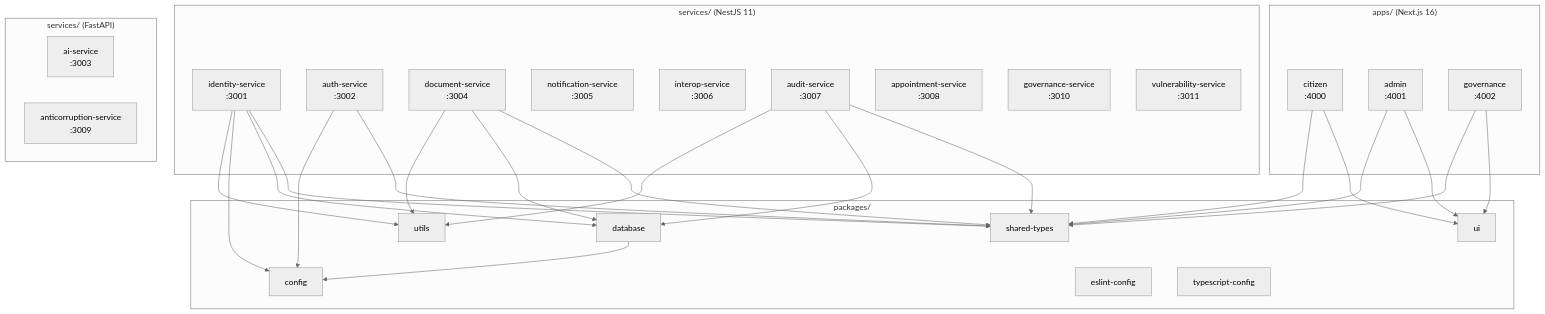
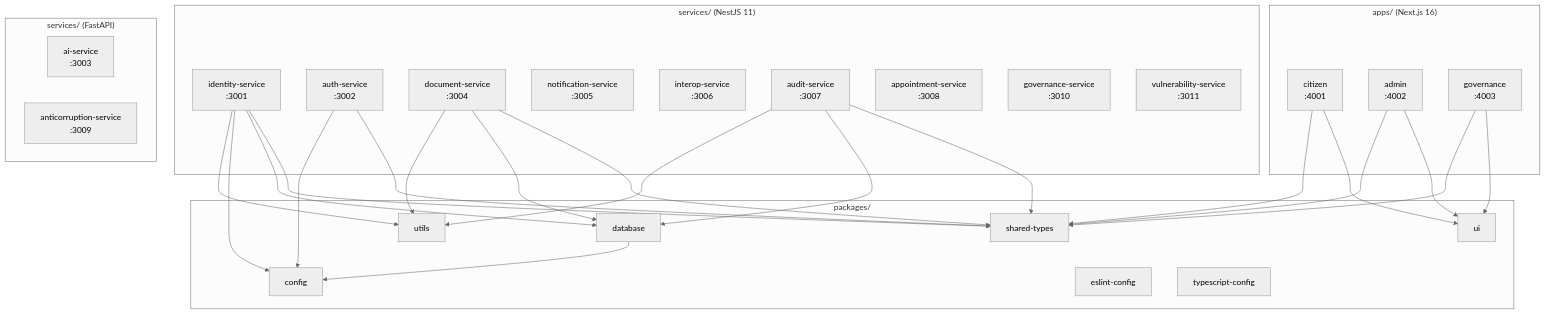
Before and after one commit to TheManInPink/Session-Ete-2026: the diagram in docs/04-MONOREPO-STRUCTURE.md, drawn with Mermaid (neutral theme). The commit also changed other lines of this file and 5 other files, not shown here.

````diff
--- a/docs/04-MONOREPO-STRUCTURE.md
+++ b/docs/04-MONOREPO-STRUCTURE.md
@@ -203,62 +203,62 @@
 ```mermaid
 graph TB
     subgraph "apps/ (Next.js 16)"
-        CITIZEN["citizen<br/>:4000"]
-        ADMIN["admin<br/>:4001"]
-        GOV_APP["governance<br/>:4002"]
+        CITIZEN["citizen<br/>:4001"]
+        ADMIN["admin<br/>:4002"]
+        GOV_APP["governance<br/>:4003"]
     end
 
     subgraph "services/ (NestJS 11)"
         IDENTITY["identity-service<br/>:3001"]
         AUTH["auth-service<br/>:3002"]
         DOC["document-service<br/>:3004"]
         NOTIF["notification-service<br/>:3005"]
         INTEROP["interop-service<br/>:3006"]
         AUDIT["audit-service<br/>:3007"]
         APPT["appointment-service<br/>:3008"]
         GOV_SVC["governance-service<br/>:3010"]
         VULN["vulnerability-service<br/>:3011"]
     end
 
     subgraph "services/ (FastAPI)"
         AI["ai-service<br/>:3003"]
         SIGAC["anticorruption-service<br/>:3009"]
     end
 
     subgraph "packages/"
         TYPES["shared-types"]
         DB["database"]
         CONFIG["config"]
         UTILS["utils"]
         UI["ui"]
         ESLINT["eslint-config"]
         TSCONFIG["typescript-config"]
     end
 
     %% Les apps dépendent des packages partagés
     CITIZEN --> UI
     CITIZEN --> TYPES
     ADMIN --> UI
     ADMIN --> TYPES
     GOV_APP --> UI
     GOV_APP --> TYPES
 
     %% Les services NestJS dépendent des packages partagés
     IDENTITY --> TYPES
     IDENTITY --> DB
     IDENTITY --> CONFIG
     IDENTITY --> UTILS
     AUTH --> TYPES
     AUTH --> CONFIG
     AUDIT --> TYPES
     AUDIT --> DB
     AUDIT --> UTILS
     DOC --> TYPES
     DOC --> DB
     DOC --> UTILS
 
     %% Le package database dépend de config
     DB --> CONFIG
 
     %% Tous utilisent eslint-config et typescript-config (implicite)
 ```
````
